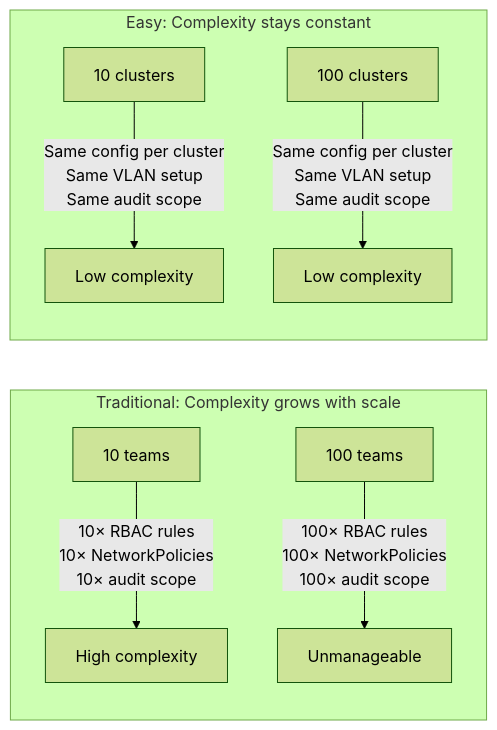
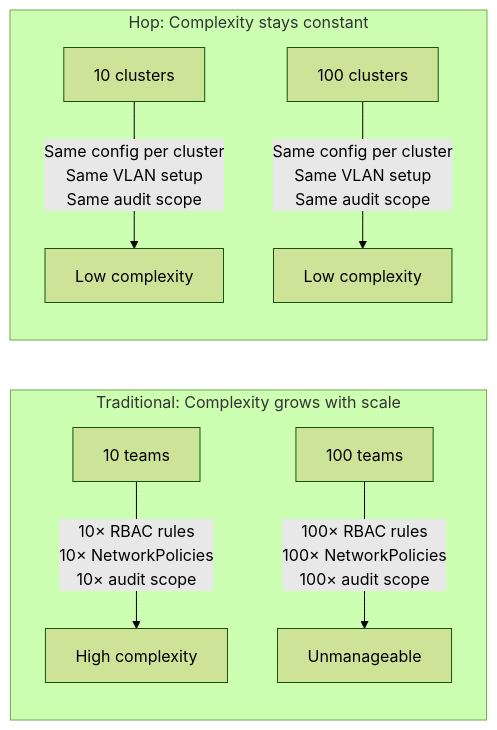
One commit to xinix00/easyrun changed the tenth of 11 diagrams in SECURITY.md. Above: the diagram before and after it, drawn with Mermaid (forest theme). The commit also changed other lines of this file and 85 other files, not shown here.

````diff
--- a/SECURITY.md
+++ b/SECURITY.md
@@ -404,14 +404,14 @@
 ```mermaid
 graph LR
     subgraph Traditional["Traditional: Complexity grows with scale"]
         direction TB
         S1["10 teams"] -->|"10× RBAC rules<br/>10× NetworkPolicies<br/>10× audit scope"| C1["High complexity"]
         S2["100 teams"] -->|"100× RBAC rules<br/>100× NetworkPolicies<br/>100× audit scope"| C2["Unmanageable"]
     end
 
-    subgraph Easy["Easy: Complexity stays constant"]
+    subgraph Hop["Hop: Complexity stays constant"]
         direction TB
         E1["10 clusters"] -->|"Same config per cluster<br/>Same VLAN setup<br/>Same audit scope"| EC1["Low complexity"]
         E2["100 clusters"] -->|"Same config per cluster<br/>Same VLAN setup<br/>Same audit scope"| EC2["Low complexity"]
     end
 ```
````
